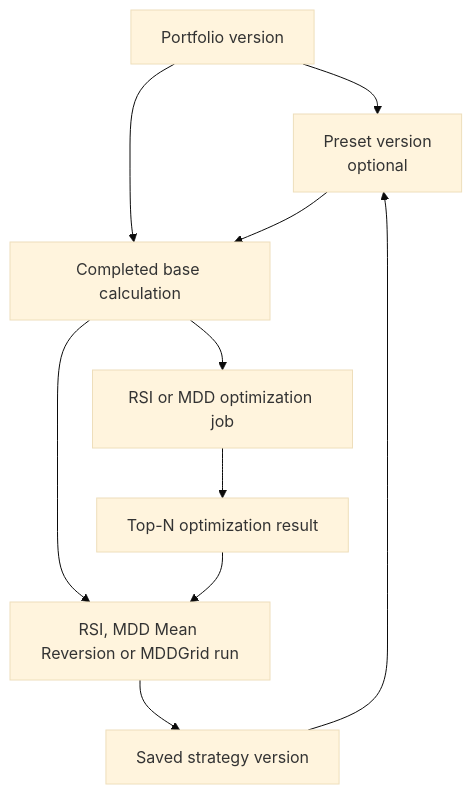
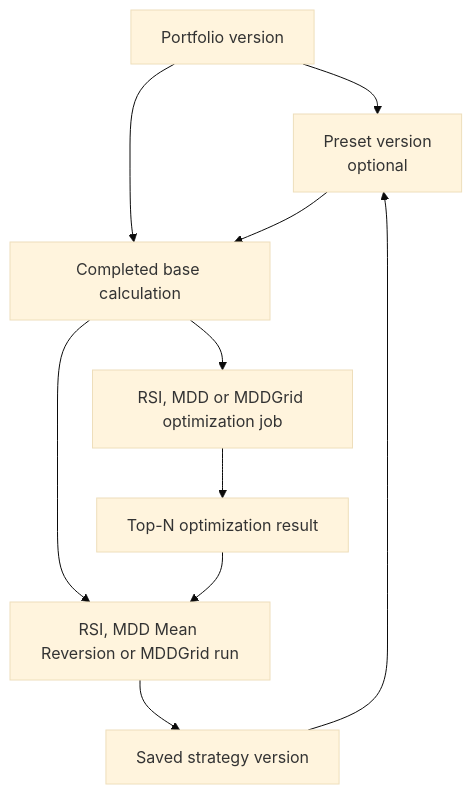
One commit to OneBurned/metaEngine changed the second of 2 diagrams in docs/ARCHITECTURE.md. Above: the diagram before and after it, drawn with Mermaid (base theme). The commit also changed other lines of this file and 19 other files, not shown here.

````diff
--- a/docs/ARCHITECTURE.md
+++ b/docs/ARCHITECTURE.md
@@ -55,12 +54,12 @@
 ```mermaid
 flowchart TD
     PV["Portfolio version"] --> PR["Preset version\noptional"]
     SS["Saved strategy version"] --> PR
     PV --> BR["Completed base calculation"]
     PR --> BR
     BR --> SR["RSI, MDD Mean Reversion or MDDGrid run"]
-    BR --> OJ["RSI or MDD optimization job"]
+    BR --> OJ["RSI, MDD or MDDGrid optimization job"]
     OJ --> OR["Top-N optimization result"]
     OR --> SR
     SR --> SS
 ```
````
